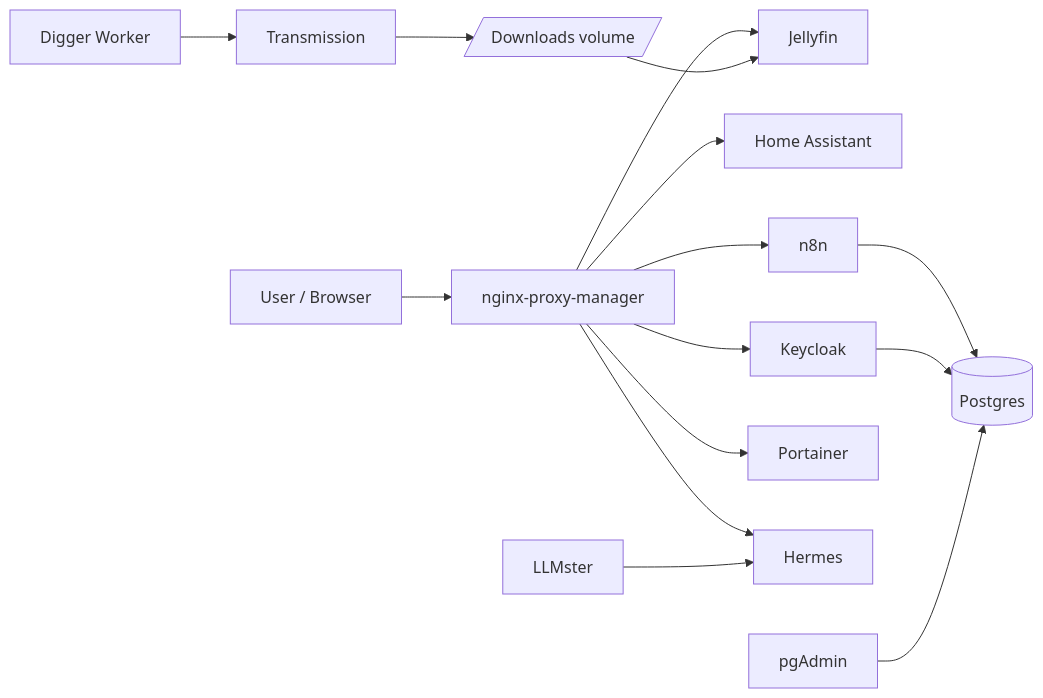
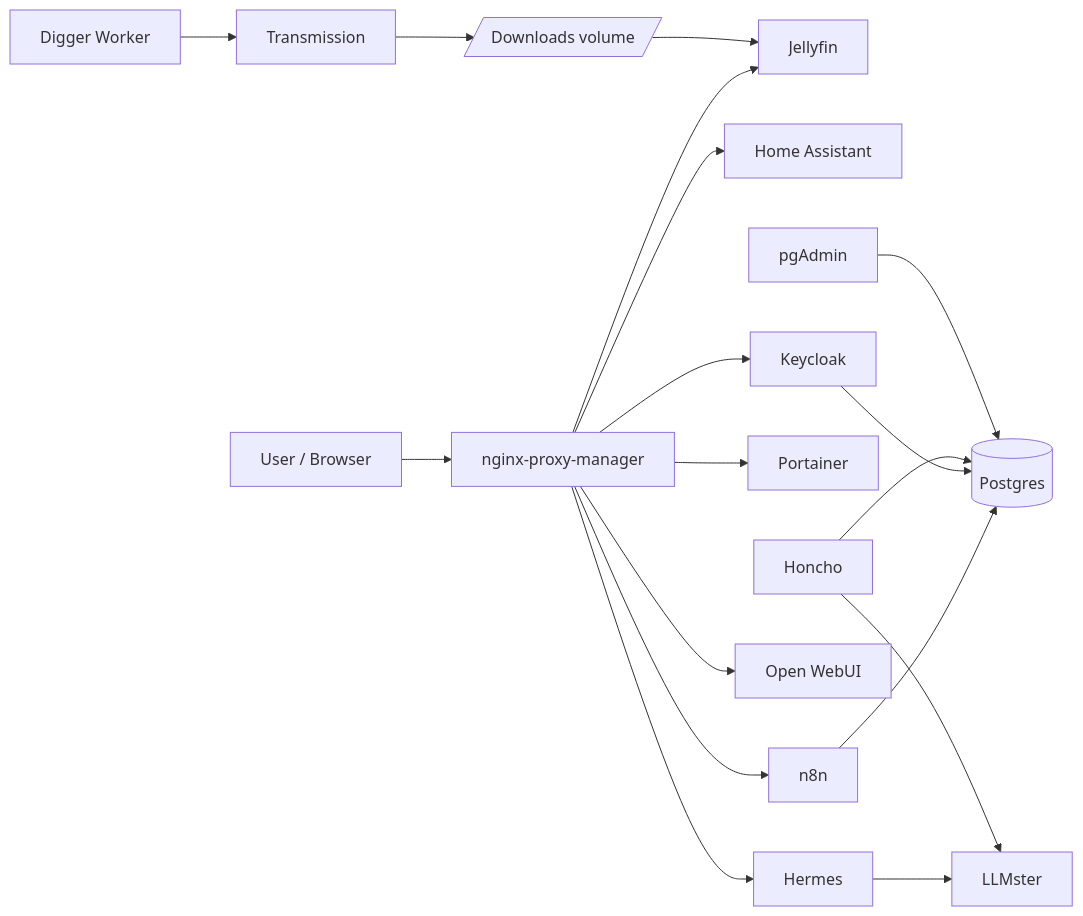
The first of 6 diagrams in readme.md (mouralx/homelab), drawn with Mermaid before and after one commit. The commit also changed other lines of this file and 7 other files, not shown here.

````diff
--- a/readme.md
+++ b/readme.md
@@ -37,20 +37,23 @@
 ```mermaid
 flowchart LR
     User[User / Browser] --> NPM[nginx-proxy-manager]
     NPM --> Jellyfin[Jellyfin]
     NPM --> HomeAssistant[Home Assistant]
     NPM --> n8n[n8n]
     NPM --> Keycloak[Keycloak]
     NPM --> Portainer[Portainer]
     NPM --> Hermes[Hermes]
+    NPM --> OWUI[Open WebUI]
 
     Digger[Digger Worker] --> Transmission[Transmission]
     Transmission --> Downloads[/Downloads volume/]
     Downloads --> Jellyfin
 
     n8n --> Postgres[(Postgres)]
     Keycloak --> Postgres
+    Honcho[Honcho] --> Postgres
     pgAdmin[pgAdmin] --> Postgres
 
-    LLMster[LLMster] --> Hermes
+    Hermes --> LLMster[LLMster]
+    Honcho --> LLMster
 ```
````
